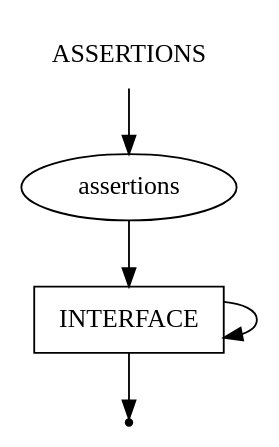
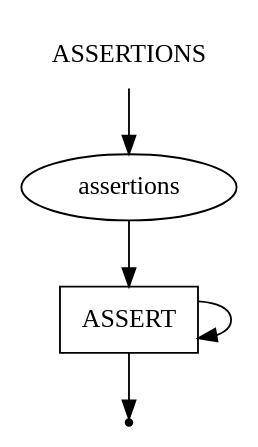
The diagram in ciao_gv/assertions.gv (AnsKaz-yu/CIAO-V.3), drawn with Graphviz before and after one commit. The commit also changed 5 other files, not shown here.

```diff
--- a/ciao_gv/assertions.gv
+++ b/ciao_gv/assertions.gv
@@ -1,10 +1,10 @@
 digraph ASSERTIONS {
     start [label=ASSERTIONS shape=plaintext]
     A [label="assertions" shape=oval]
-    B [label=INTERFACE shape=box]
+    B [label=ASSERT shape=box]
     end [label="" shape=point]
     start -> A
     A -> B
     B -> B
     B -> end
 }
```
